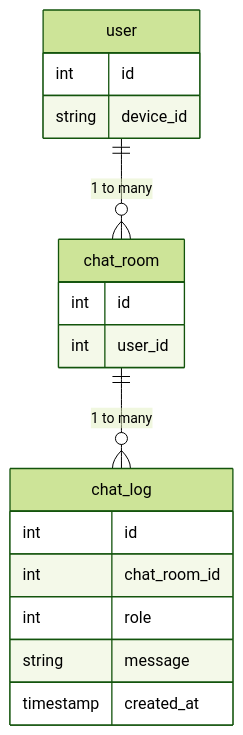
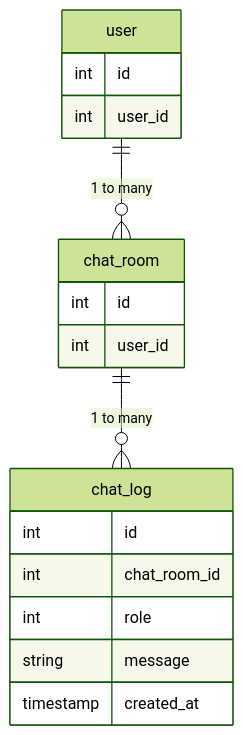
Before and after one commit to kkhouse/Playground: the diagram in Other/memo/４月/データベース.md, drawn with Mermaid (forest theme). The commit also changed other lines of this file and 1 other file, not shown here.

````diff
--- a/Other/memo/４月/データベース.md
+++ b/Other/memo/４月/データベース.md
@@ -4,20 +5,20 @@
 ```mermaid
 erDiagram
     user {
         int id
-        string device_id
+        int user_id
     }
     user ||--o{ chat_room : "1 to many"
     chat_room {
         int id
         int user_id
     }
     chat_room ||--o{ chat_log : "1 to many"
     chat_log {
         int id
         int chat_room_id
         int role
         string message
         timestamp created_at
     }
 ```
````
